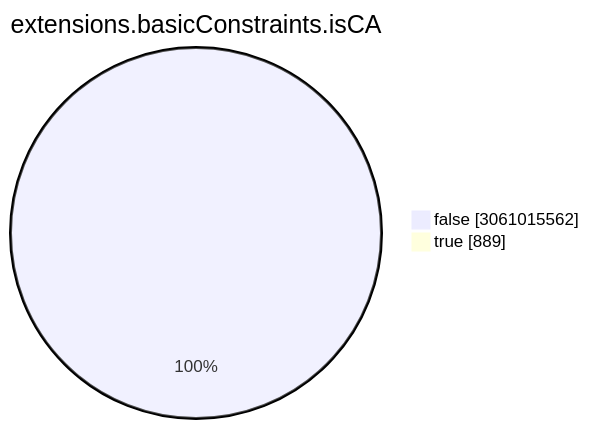
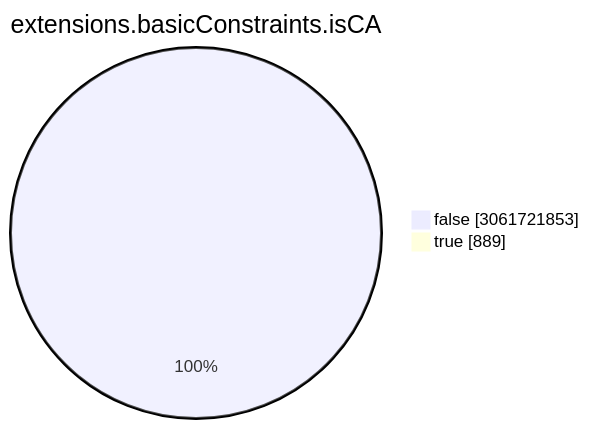
Before and after one commit to christiankrug/ctmonitor_visualization: the seventh of 15 diagrams in TOTAL/README.md, drawn with Mermaid. The commit also changed other lines of this file, not shown here.

````diff
--- a/TOTAL/README.md
+++ b/TOTAL/README.md
@@ -3086,6 +3086,6 @@
 ```mermaid
 pie showData
 title extensions.basicConstraints.isCA
-"false" :3061015562
+"false" :3061721853
 "true" :889
 ```
````
